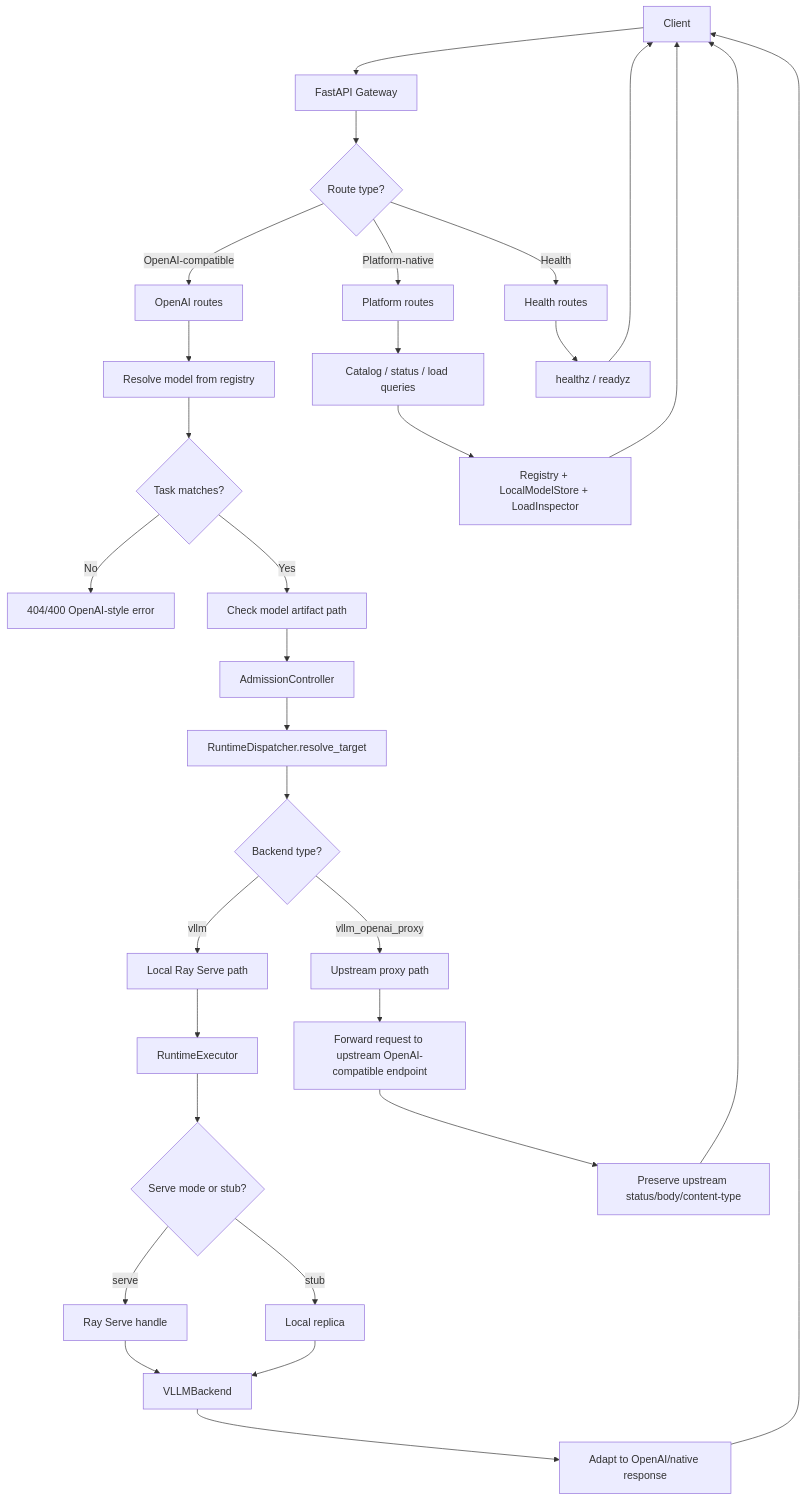
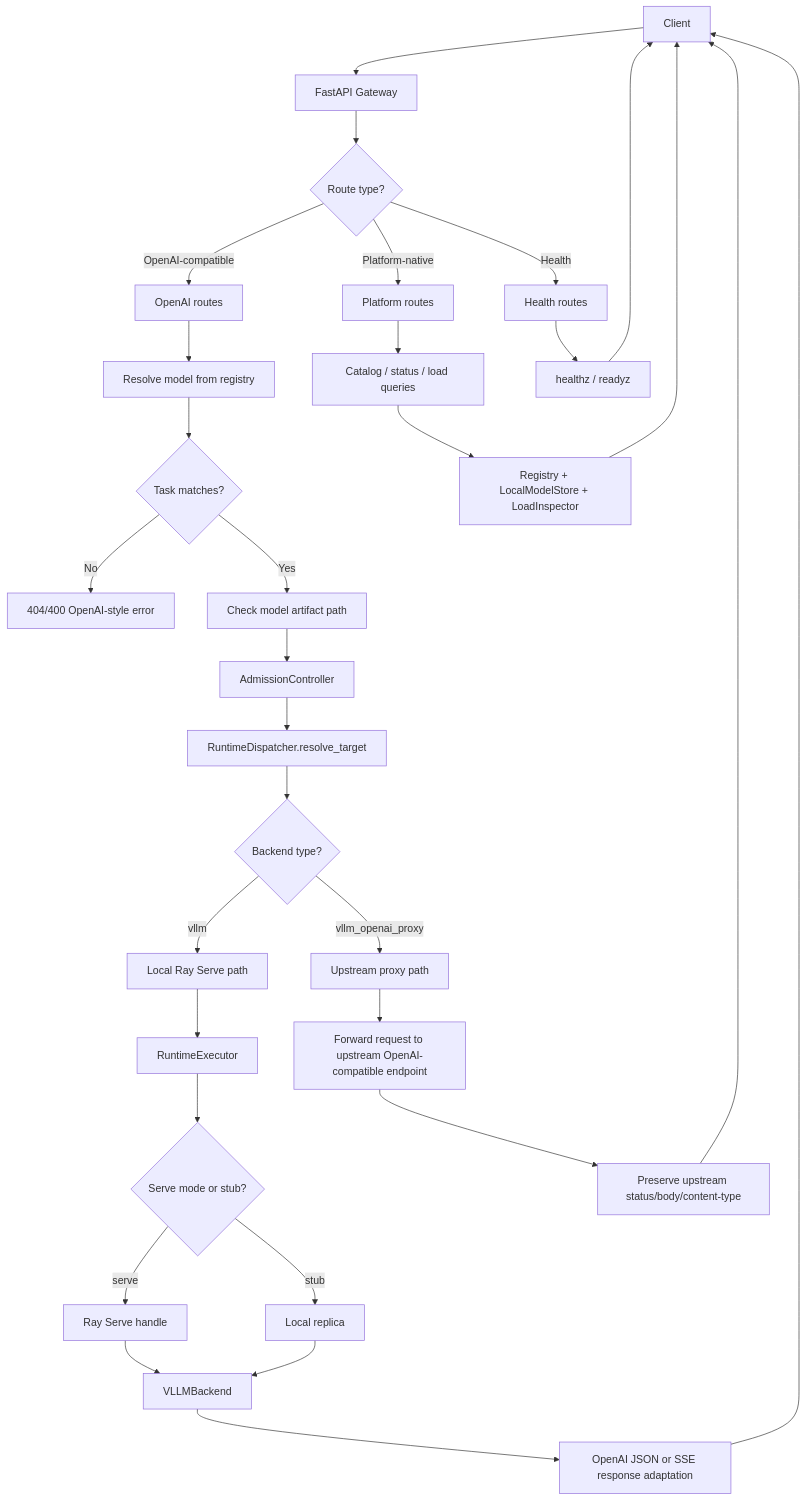
One commit to Flying-Henanese/infer-nexus changed the second of 2 diagrams in ARCHITECTURE.md. Above: the diagram before and after it, drawn with Mermaid. The commit also changed other lines of this file and 1 other file, not shown here.

Commit message:
docs: update vllm async streaming architecture

````diff
--- a/ARCHITECTURE.md
+++ b/ARCHITECTURE.md
@@ -473,40 +488,40 @@
 ```mermaid
 flowchart TD
   C[Client] --> G[FastAPI Gateway]
   G --> V{Route type?}
 
   V -->|OpenAI-compatible| OA[OpenAI routes]
   V -->|Platform-native| PA[Platform routes]
   V -->|Health| HZ[Health routes]
 
   OA --> MR[Resolve model from registry]
   MR --> TK{Task matches?}
   TK -->|No| E1[404/400 OpenAI-style error]
   TK -->|Yes| MD[Check model artifact path]
   MD --> AD[AdmissionController]
   AD --> RQ[RuntimeDispatcher.resolve_target]
 
   RQ --> BT{Backend type?}
   BT -->|vllm| LX[Local Ray Serve path]
   BT -->|vllm_openai_proxy| PX[Upstream proxy path]
 
   LX --> EX[RuntimeExecutor]
   EX --> SR{Serve mode or stub?}
   SR -->|serve| RH[Ray Serve handle]
   SR -->|stub| LR[Local replica]
   RH --> VB[VLLMBackend]
   LR --> VB
-  VB --> RESP[Adapt to OpenAI/native response]
+  VB --> RESP[OpenAI JSON or SSE response adaptation]
   RESP --> C
 
   PX --> HTTP[Forward request to upstream OpenAI-compatible endpoint]
   HTTP --> PASSTHRU[Preserve upstream status/body/content-type]
   PASSTHRU --> C
 
   PA --> CRG[Catalog / status / load queries]
   CRG --> RG[Registry + LocalModelStore + LoadInspector]
   RG --> C
 
   HZ --> OK[healthz / readyz]
   OK --> C
 ```
````
